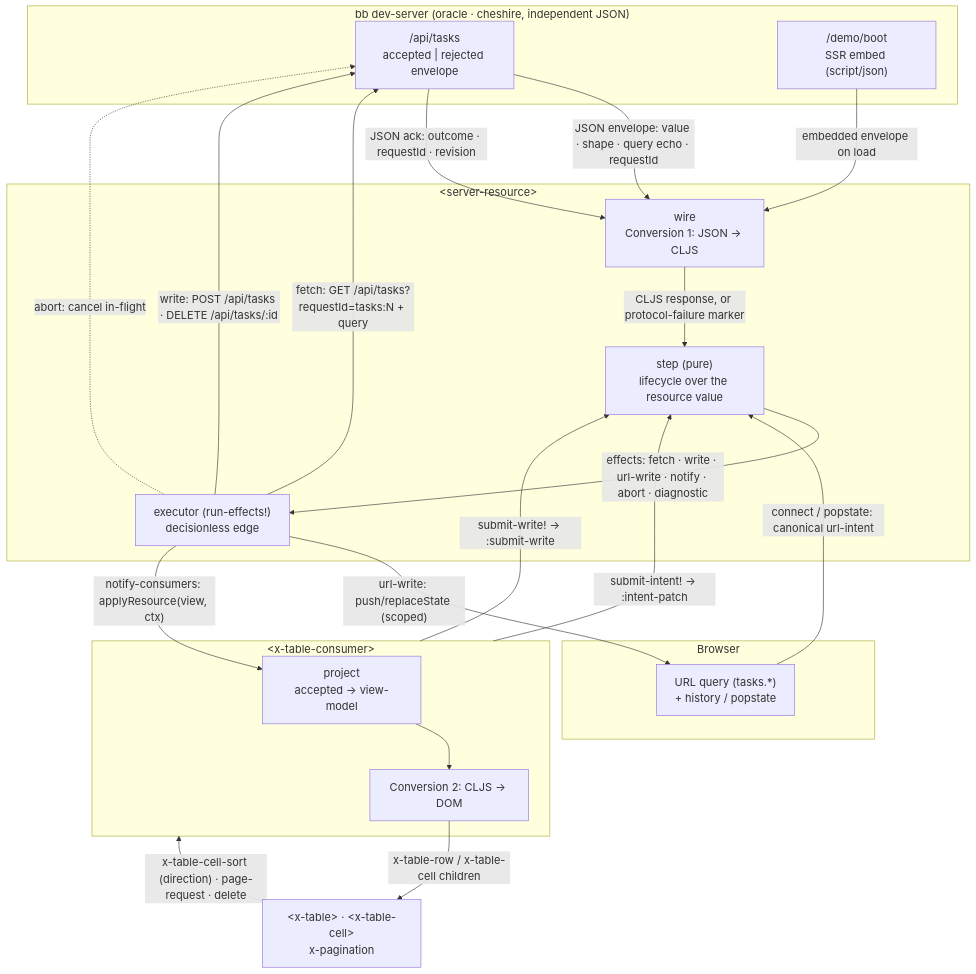
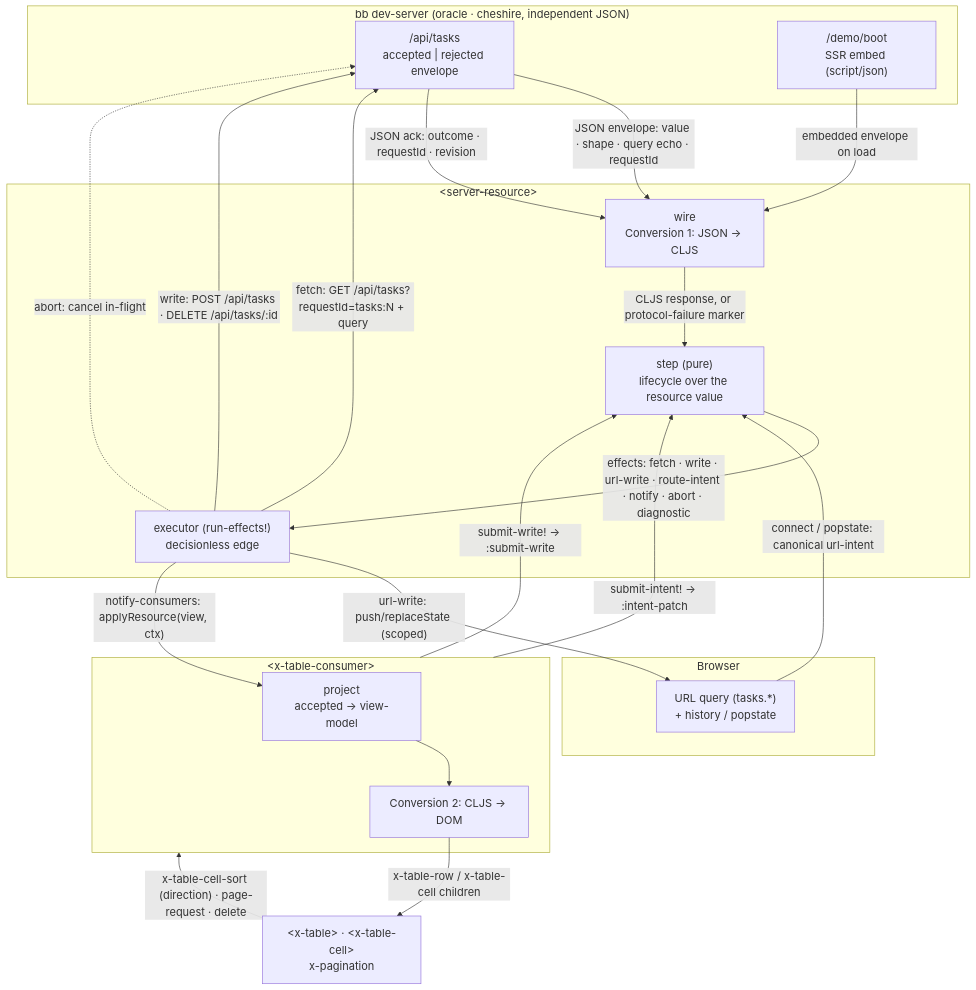
One commit to avanelsas/baredom changed the first of 3 diagrams in barebuild/docs/architecture-diagram.md. Above: the diagram before and after it, drawn with Mermaid. The commit also changed 2 other files, not shown here.

Commit message:
Document the shape rules and the envelope kind checks (#324)
server-contract.md records that fields is mandatory, that a field without a type is checked for presence only, and that a member of the wrong JSON kind is a protocol failure rather than a contract failure. The architecture diagram gains the missing route-intent effect, and CHANGELOG gains an Unreleased section.

````diff
--- a/barebuild/docs/architecture-diagram.md
+++ b/barebuild/docs/architecture-diagram.md
@@ -14,42 +14,42 @@
 ```mermaid
 %%{init: {'themeVariables': {'fontSize': '18px'}}}%%
 flowchart TB
   subgraph SERVER["bb dev-server (oracle · cheshire, independent JSON)"]
     API["/api/tasks<br/>accepted | rejected envelope"]
     BOOT["/demo/boot<br/>SSR embed (script/json)"]
   end
 
   subgraph BROWSER["Browser"]
     URL["URL query (tasks.*)<br/>+ history / popstate"]
   end
 
   subgraph SR["&lt;server-resource&gt;"]
     WIRE["wire<br/>Conversion 1: JSON → CLJS"]
     STEP["step (pure)<br/>lifecycle over the resource value"]
     EXEC["executor (run-effects!)<br/>decisionless edge"]
   end
 
   subgraph CONS["&lt;x-table-consumer&gt;"]
     PROJ["project<br/>accepted → view-model"]
     C2["Conversion 2: CLJS → DOM"]
   end
 
   TABLE["&lt;x-table&gt; · &lt;x-table-cell&gt;<br/>x-pagination"]
 
   URL -->|"connect / popstate: canonical url-intent"| STEP
   BOOT -->|"embedded envelope on load"| WIRE
   EXEC -->|"fetch: GET /api/tasks?requestId=tasks:N + query"| API
   EXEC -->|"write: POST /api/tasks · DELETE /api/tasks/:id"| API
   EXEC -.->|"abort: cancel in-flight"| API
   API -->|"JSON envelope: value · shape · query echo · requestId"| WIRE
   API -->|"JSON ack: outcome · requestId · revision"| WIRE
   WIRE -->|"CLJS response, or protocol-failure marker"| STEP
-  STEP -->|"effects: fetch · write · url-write · notify · abort · diagnostic"| EXEC
+  STEP -->|"effects: fetch · write · url-write · route-intent · notify · abort · diagnostic"| EXEC
   EXEC -->|"url-write: push/replaceState (scoped)"| URL
   EXEC -->|"notify-consumers: applyResource(view, ctx)"| PROJ
   PROJ --> C2
   C2 -->|"x-table-row / x-table-cell children"| TABLE
   TABLE -->|"x-table-cell-sort (direction) · page-request · delete"| CONS
   CONS -->|"submit-intent! → :intent-patch"| STEP
   CONS -->|"submit-write! → :submit-write"| STEP
 ```
````
